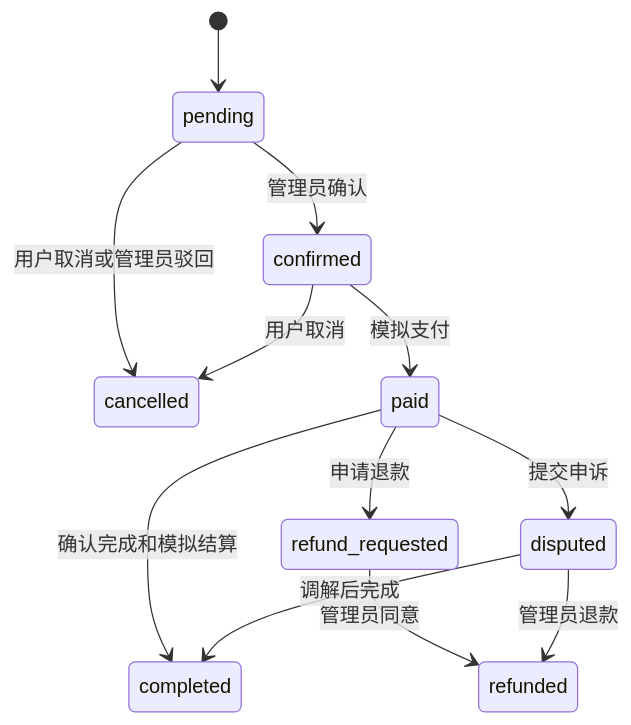
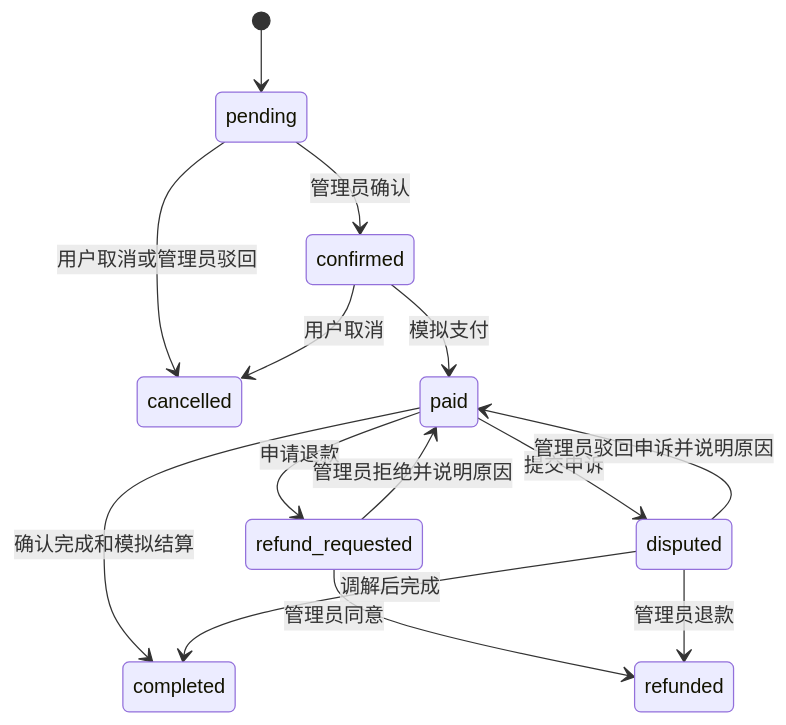
One commit to zhouder/internship changed the second of 2 diagrams in guiyan-demo/docs/ARCHITECTURE.md. Above: the diagram before and after it, drawn with Mermaid. The commit also changed other lines of this file and 31 other files, not shown here.

````diff
--- a/guiyan-demo/docs/ARCHITECTURE.md
+++ b/guiyan-demo/docs/ARCHITECTURE.md
@@ -25,14 +25,16 @@
 ```mermaid
 stateDiagram-v2
   [*] --> pending
   pending --> confirmed: 管理员确认
   pending --> cancelled: 用户取消或管理员驳回
   confirmed --> cancelled: 用户取消
   confirmed --> paid: 模拟支付
   paid --> completed: 确认完成和模拟结算
   paid --> refund_requested: 申请退款
   paid --> disputed: 提交申诉
   refund_requested --> refunded: 管理员同意
+  refund_requested --> paid: 管理员拒绝并说明原因
   disputed --> refunded: 管理员退款
+  disputed --> paid: 管理员驳回申诉并说明原因
   disputed --> completed: 调解后完成
 ```
````
